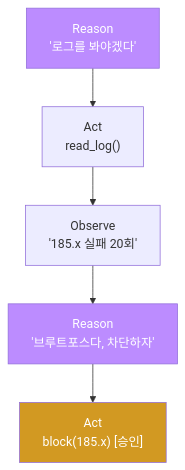
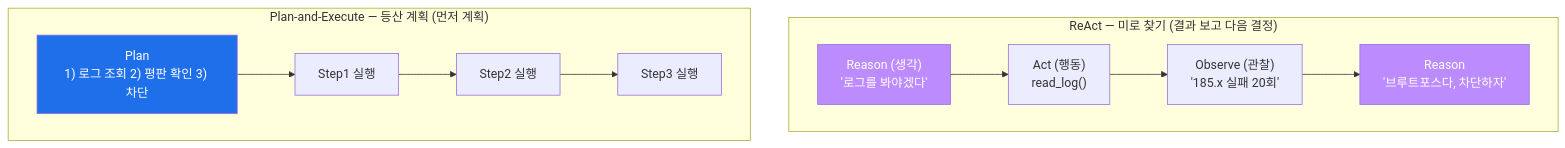
The second of 10 diagrams in contents/training/aisec/lecture_week01.md (mrgrit/tw2), drawn with Mermaid before and after one commit. The commit also changed other lines of this file and 304 other files, not shown here.

````diff
--- a/contents/training/aisec/lecture_week01.md
+++ b/contents/training/aisec/lecture_week01.md
@@ -76,10 +179,16 @@
 ```mermaid
 graph TD
-    R["Reason<br/>'로그를 봐야겠다'"] --> A1["Act<br/>read_log()"]
-    A1 --> O["Observe<br/>'185.x 실패 20회'"]
-    O --> R2["Reason<br/>'브루트포스다, 차단하자'"]
-    R2 --> A2["Act<br/>block(185.x) [승인]"]
-    style R fill:#bc8cff,color:#fff
+    subgraph RE["ReAct — 미로 찾기 (결과 보고 다음 결정)"]
+      R1["Reason (생각)<br/>'로그를 봐야겠다'"] --> A1["Act (행동)<br/>read_log()"]
+      A1 --> O1["Observe (관찰)<br/>'185.x 실패 20회'"]
+      O1 --> R2["Reason<br/>'브루트포스다, 차단하자'"]
+    end
+    subgraph PE["Plan-and-Execute — 등산 계획 (먼저 계획)"]
+      PL["Plan<br/>1) 로그 조회 2) 평판 확인 3) 차단"] --> S1["Step1 실행"]
+      S1 --> S2["Step2 실행"]
+      S2 --> S3["Step3 실행"]
+    end
+    style R1 fill:#bc8cff,color:#fff
     style R2 fill:#bc8cff,color:#fff
-    style A2 fill:#d29922,color:#fff
+    style PL fill:#1f6feb,color:#fff
 ```
````
